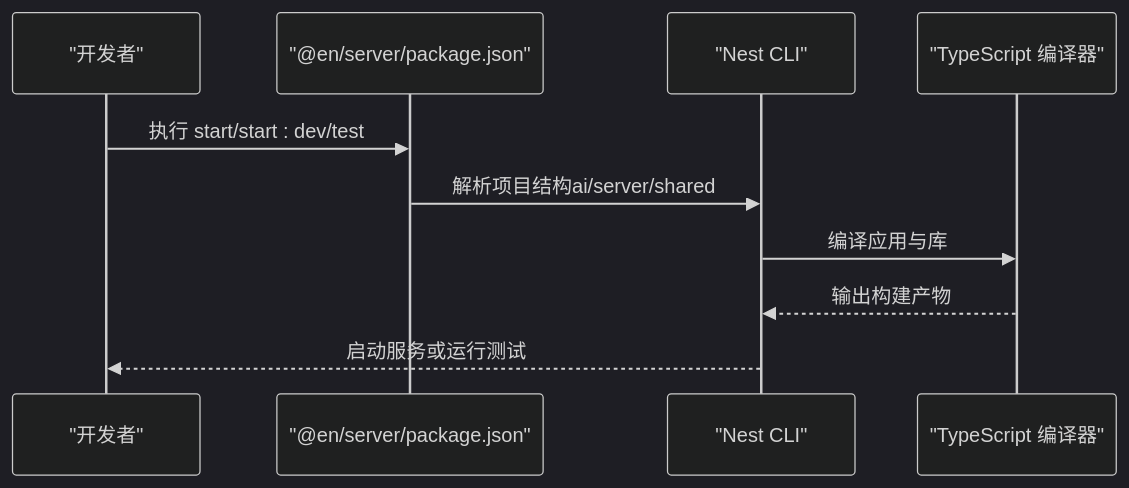
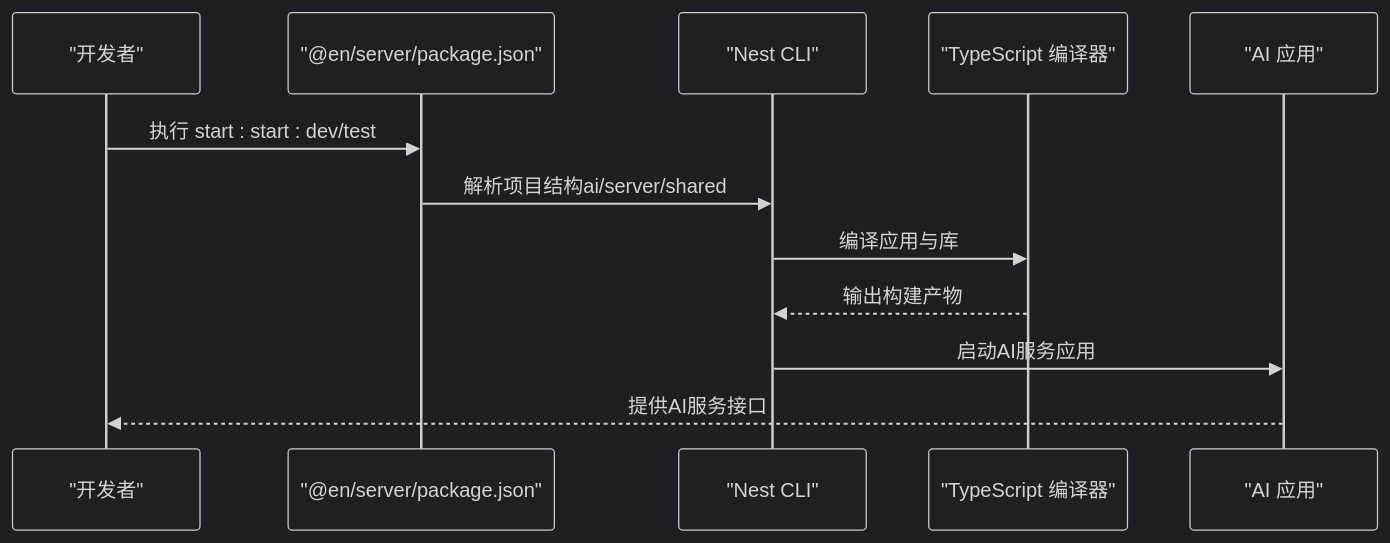
One commit to LihaoZDB/English-Study changed the fifth of 7 diagrams in .qoder/repowiki/zh/content/配置管理/包管理配置.md. Above: the diagram before and after it, drawn with Mermaid (dark theme). The commit also changed other lines of this file and 9 other files, not shown here.

````diff
--- a/.qoder/repowiki/zh/content/配置管理/包管理配置.md
+++ b/.qoder/repowiki/zh/content/配置管理/包管理配置.md
@@ -201,12 +235,14 @@
 ```mermaid
 sequenceDiagram
 participant Dev as "开发者"
 participant SrvPkg as "@en/server/package.json"
 participant Nest as "Nest CLI"
 participant TS as "TypeScript 编译器"
-Dev->>SrvPkg : 执行 start/start : dev/test
+participant AIApp as "AI 应用"
+Dev->>SrvPkg : 执行 start : start : dev/test
 SrvPkg->>Nest : 解析项目结构ai/server/shared
 Nest->>TS : 编译应用与库
 TS-->>Nest : 输出构建产物
-Nest-->>Dev : 启动服务或运行测试
+Nest->>AIApp : 启动AI服务应用
+AIApp-->>Dev : 提供AI服务接口
 ```
````
